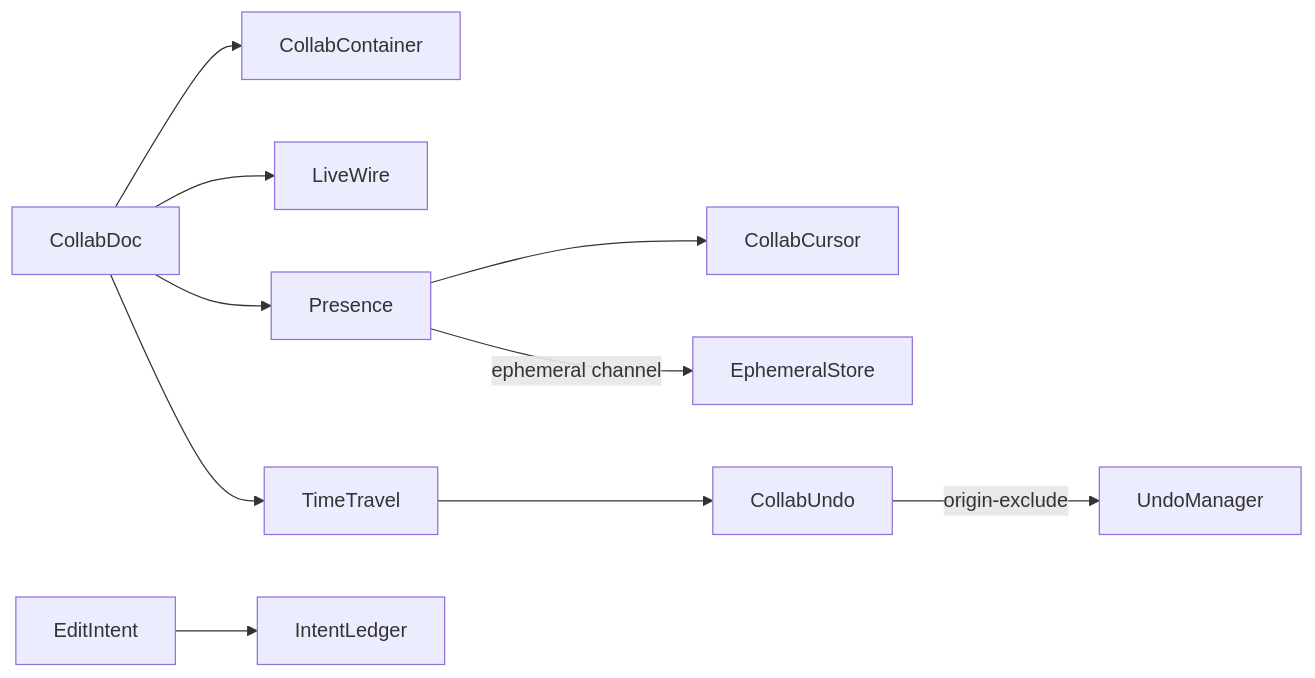
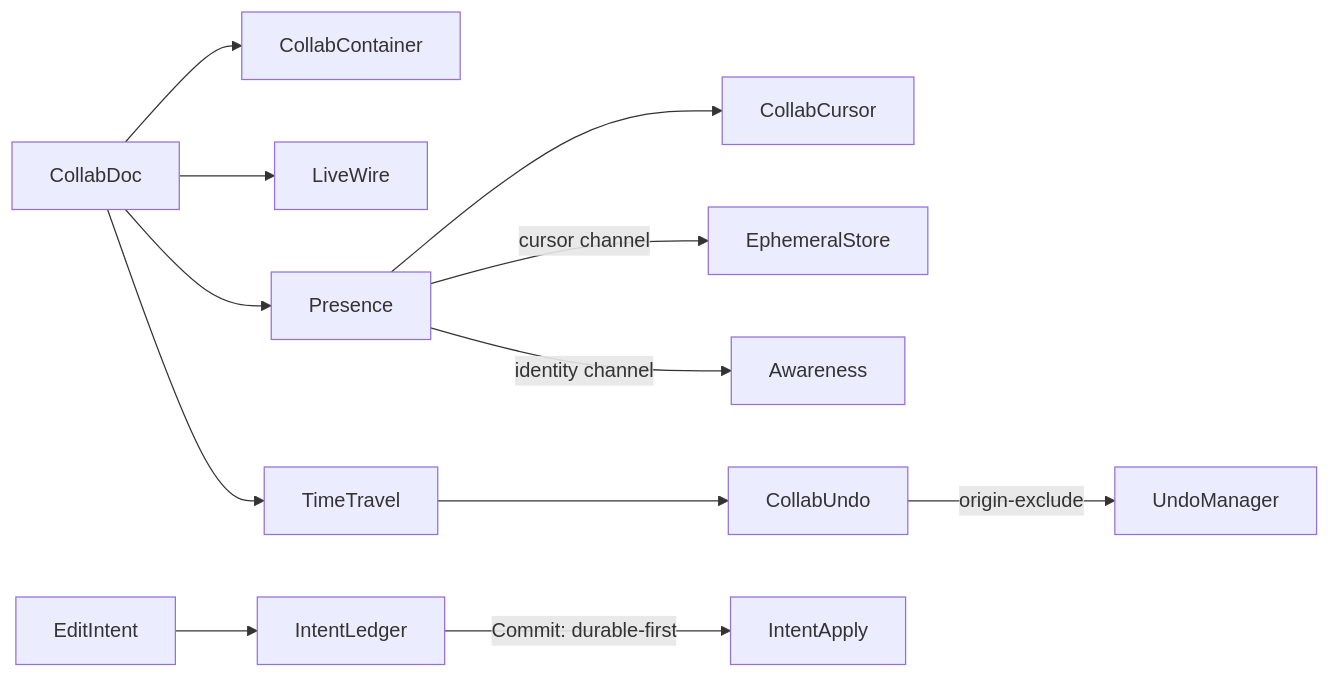
One commit to bsamiee/Rasm changed the second of 2 diagrams in libs/csharp/Rasm.AppUi/.planning/Collab/sync.md. Above: the diagram before and after it, drawn with Mermaid. The commit also changed other lines of this file and 43 other files, not shown here.

````diff
--- a/libs/csharp/Rasm.AppUi/.planning/Collab/sync.md
+++ b/libs/csharp/Rasm.AppUi/.planning/Collab/sync.md
@@ -386,12 +530,14 @@
 ```mermaid
 flowchart LR
     CollabDoc --> CollabContainer
     CollabDoc --> LiveWire
     CollabDoc --> Presence
     EditIntent --> IntentLedger
+    IntentLedger -->|Commit: durable-first| IntentApply
     Presence --> CollabCursor
-    Presence -->|ephemeral channel| EphemeralStore
+    Presence -->|cursor channel| EphemeralStore
+    Presence -->|identity channel| Awareness
     CollabDoc --> TimeTravel
     TimeTravel --> CollabUndo
     CollabUndo -->|origin-exclude| UndoManager
 ```
````
